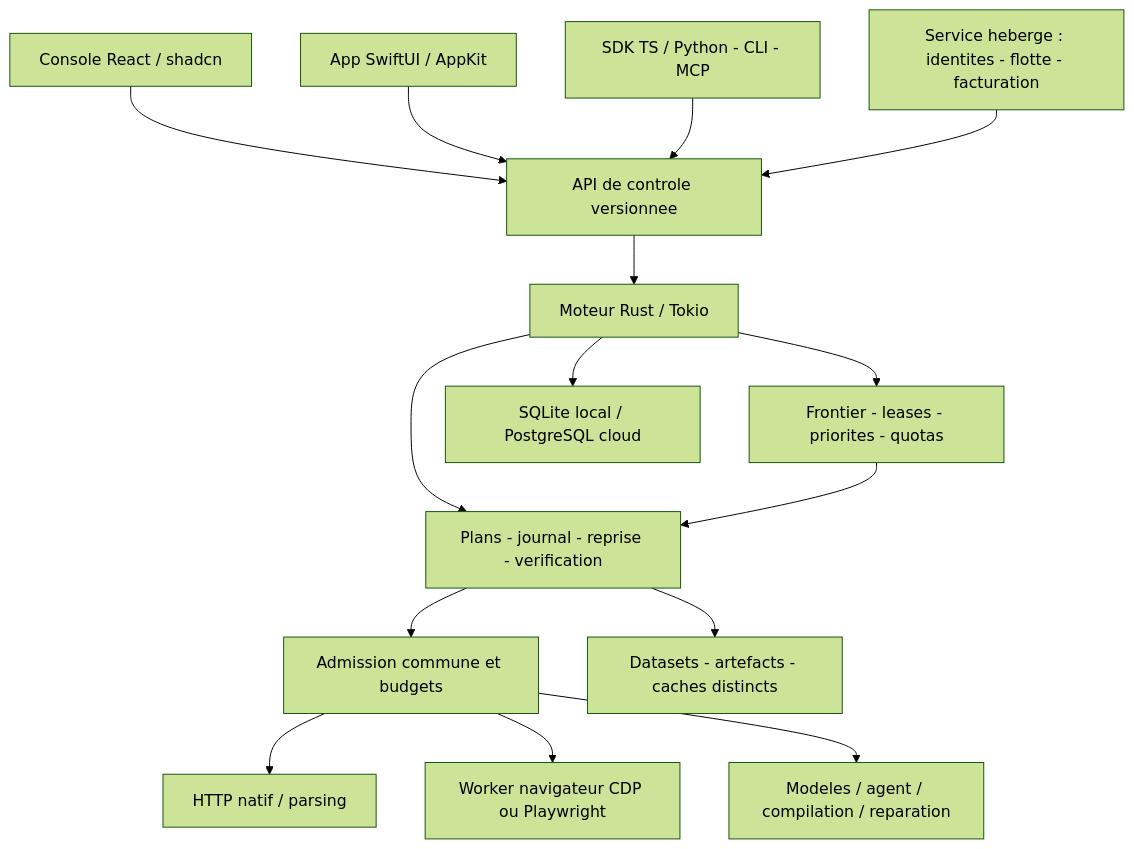
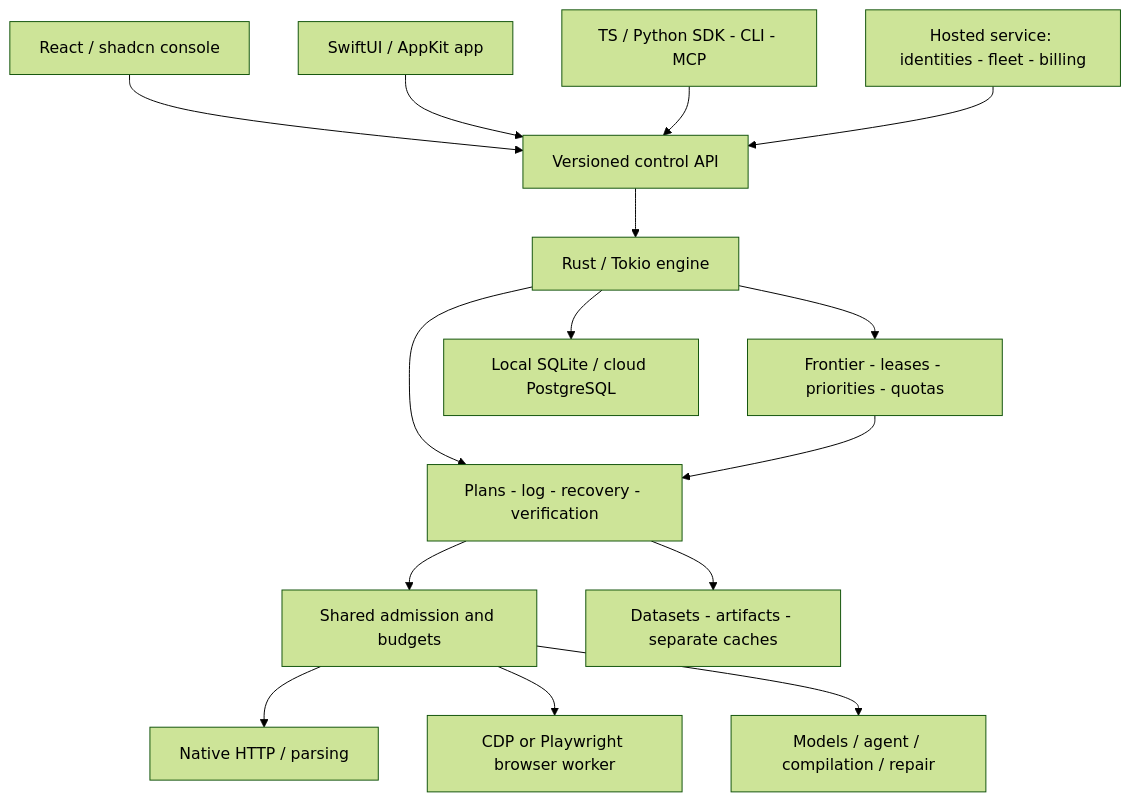
The diagram in rnd/proposals/proposition-automan.md (goodfetch/goodfetch), drawn with Mermaid (forest theme) before and after one commit. The commit also changed other lines of this file and 136 other files, not shown here.

````diff
--- a/rnd/proposals/proposition-automan.md
+++ b/rnd/proposals/proposition-automan.md
@@ -32,17 +32,17 @@
 ```mermaid
 flowchart TB
-    UI[Console React / shadcn] --> API[API de controle versionnee]
-    MAC[App SwiftUI / AppKit] --> API
-    SDK[SDK TS / Python - CLI - MCP] --> API
-    API --> CORE[Moteur Rust / Tokio]
-    CORE --> FRONTIER[Frontier - leases - priorites - quotas]
-    CORE --> EXEC[Plans - journal - reprise - verification]
+    UI[React / shadcn console] --> API[Versioned control API]
+    MAC[SwiftUI / AppKit app] --> API
+    SDK[TS / Python SDK - CLI - MCP] --> API
+    API --> CORE[Rust / Tokio engine]
+    CORE --> FRONTIER[Frontier - leases - priorities - quotas]
+    CORE --> EXEC[Plans - log - recovery - verification]
     FRONTIER --> EXEC
-    EXEC --> ADMIT[Admission commune et budgets]
-    ADMIT --> HTTP[HTTP natif / parsing]
-    ADMIT --> BROWSER[Worker navigateur CDP ou Playwright]
-    ADMIT --> MODELS[Modeles / agent / compilation / reparation]
-    EXEC --> STORE[Datasets - artefacts - caches distincts]
-    CORE --> STATE[SQLite local / PostgreSQL cloud]
-    CLOUD[Service heberge : identites - flotte - facturation] --> API
+    EXEC --> ADMIT[Shared admission and budgets]
+    ADMIT --> HTTP[Native HTTP / parsing]
+    ADMIT --> BROWSER[CDP or Playwright browser worker]
+    ADMIT --> MODELS[Models / agent / compilation / repair]
+    EXEC --> STORE[Datasets - artifacts - separate caches]
+    CORE --> STATE[Local SQLite / cloud PostgreSQL]
+    CLOUD[Hosted service: identities - fleet - billing] --> API
 ```
````
